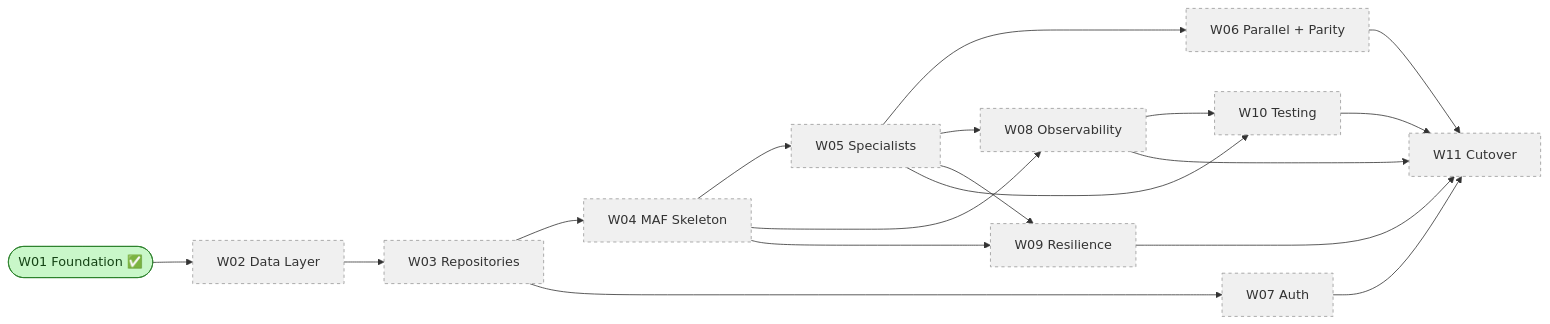
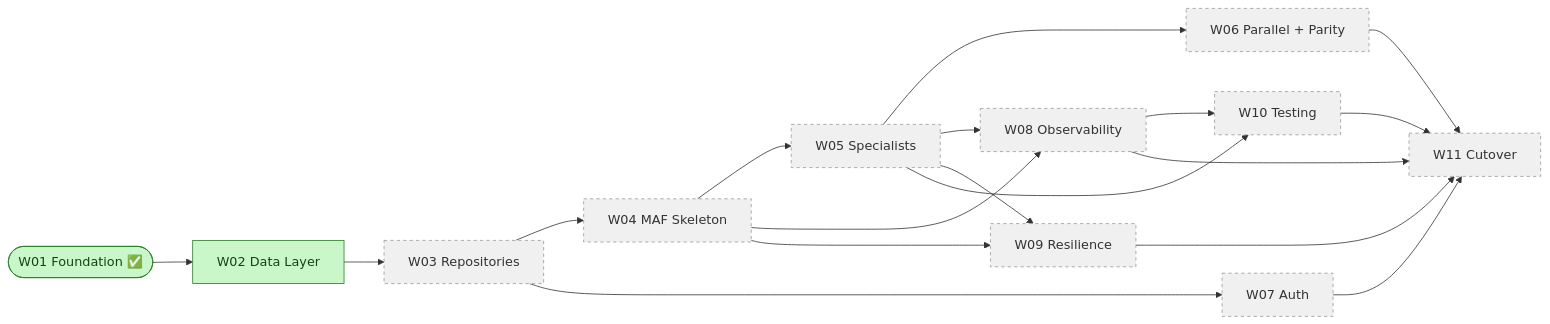
One commit to nandyap/EPG-MAF changed the diagram in docs/workstreams/workstream-log.md. Above: the diagram before and after it, drawn with Mermaid. The commit also changed other lines of this file and 36 other files, not shown here.

First line of the commit message:
W02 Clinical Data Layer: Postgres schema, seed pipeline, Alembic, base services

````diff
--- a/docs/workstreams/workstream-log.md
+++ b/docs/workstreams/workstream-log.md
@@ -57,21 +57,22 @@
 ```mermaid
 flowchart LR
     W01([W01 Foundation ✅]) --> W02[W02 Data Layer]
     W02 --> W03[W03 Repositories]
     W03 --> W04[W04 MAF Skeleton]
     W04 --> W05[W05 Specialists]
     W05 --> W06[W06 Parallel + Parity]
     W03 --> W07[W07 Auth]
     W04 --> W08[W08 Observability]
     W05 --> W08
     W04 --> W09[W09 Resilience]
     W05 --> W09
     W05 --> W10[W10 Testing]
     W08 --> W10
     W06 & W07 & W08 & W09 & W10 --> W11[W11 Cutover]
 
     classDef done fill:#c9f7c9,stroke:#2a7f2a,color:#154315
     classDef pending fill:#f0f0f0,stroke:#999,stroke-dasharray:4 4
     class W01 done
-    class W02,W03,W04,W05,W06,W07,W08,W09,W10,W11 pending
+    class W02 done
+    class W03,W04,W05,W06,W07,W08,W09,W10,W11 pending
 ```
````
